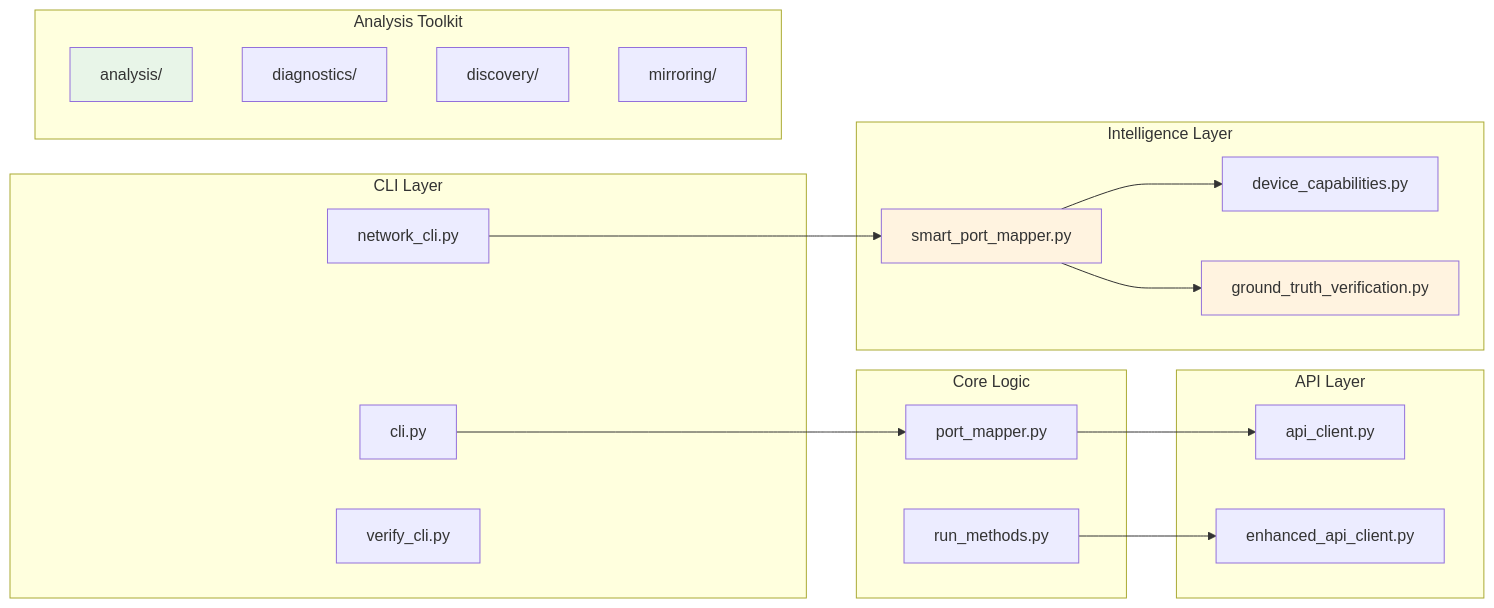
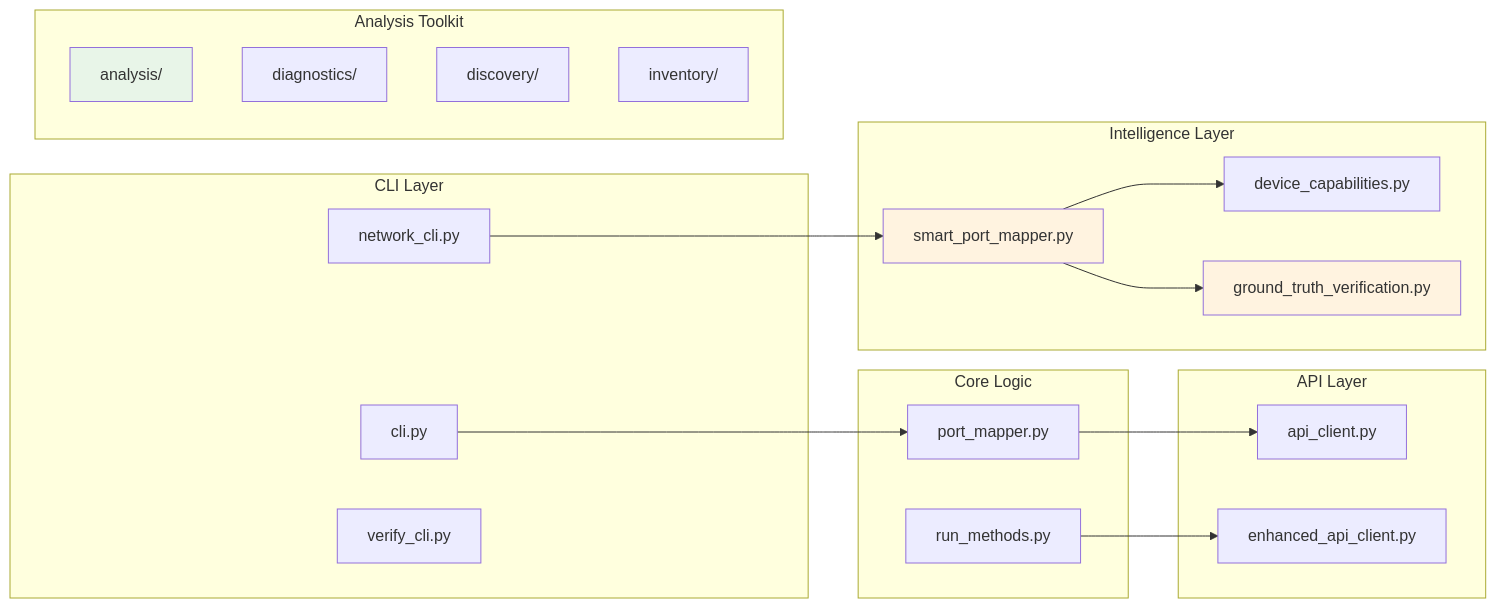
Before and after one commit to NetDevAutomate/unifi_port_mapper: the second of 27 diagrams in docs/architecture-and-codemap.md, drawn with Mermaid. The commit also changed other lines of this file and 2 other files, not shown here.

````diff
--- a/docs/architecture-and-codemap.md
+++ b/docs/architecture-and-codemap.md
@@ -54,42 +54,42 @@
 ```mermaid
 graph LR
     subgraph "CLI Layer"
         A[cli.py]
         B[network_cli.py]
         C[verify_cli.py]
     end
 
     subgraph "Intelligence Layer"
         D[smart_port_mapper.py]
         E[device_capabilities.py]
         F[ground_truth_verification.py]
     end
 
     subgraph "API Layer"
         G[api_client.py]
         H[enhanced_api_client.py]
     end
 
     subgraph "Core Logic"
         I[port_mapper.py]
         J[run_methods.py]
     end
 
     subgraph "Analysis Toolkit"
         K[analysis/]
         L[diagnostics/]
         M[discovery/]
-        N[mirroring/]
+        N[inventory/]
     end
 
     A --> I
     B --> D
     D --> E
     D --> F
     I --> G
     J --> H
 
     style D fill:#fff3e0
     style F fill:#fff3e0
     style K fill:#e8f5e8
 ```
````
